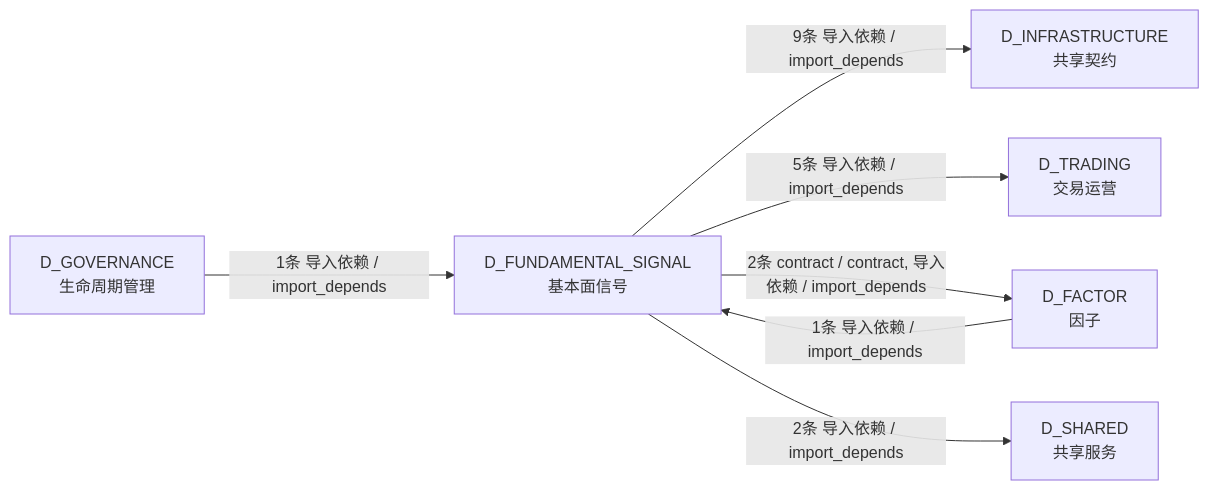
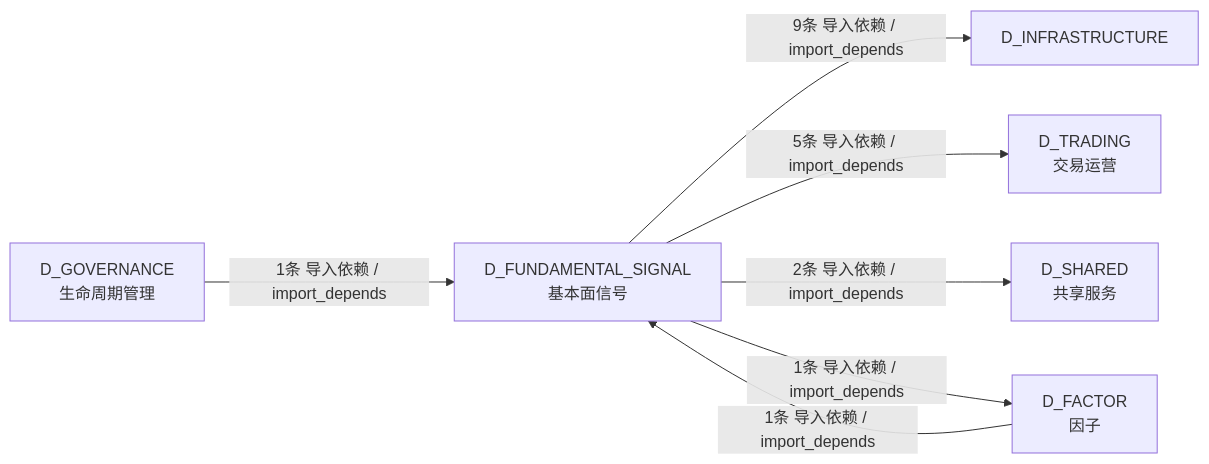
One commit to xuanFelixVan/ZephyrAlpha changed the fourth of 4 diagrams in docs/02_enterprise_architecture/02_domain_architecture_docs/37_d_fundamental_signal.md. Above: the diagram before and after it, drawn with Mermaid. The commit also changed other lines of this file and 115 other files, not shown here.

````diff
--- a/docs/02_enterprise_architecture/02_domain_architecture_docs/37_d_fundamental_signal.md
+++ b/docs/02_enterprise_architecture/02_domain_architecture_docs/37_d_fundamental_signal.md
@@ -240,15 +237,15 @@
 ```mermaid
 graph LR
     D_FUNDAMENTAL_SIGNAL["D_FUNDAMENTAL_SIGNAL<br/>基本面信号"]
-    D_INFRASTRUCTURE["D_INFRASTRUCTURE<br/>共享契约"]
+    D_INFRASTRUCTURE["D_INFRASTRUCTURE"]
     D_TRADING["D_TRADING<br/>交易运营"]
+    D_SHARED["D_SHARED<br/>共享服务"]
     D_FACTOR["D_FACTOR<br/>因子"]
-    D_SHARED["D_SHARED<br/>共享服务"]
     D_GOVERNANCE["D_GOVERNANCE<br/>生命周期管理"]
     D_FUNDAMENTAL_SIGNAL -->|9条 导入依赖 / import_depends| D_INFRASTRUCTURE
     D_FUNDAMENTAL_SIGNAL -->|5条 导入依赖 / import_depends| D_TRADING
-    D_FUNDAMENTAL_SIGNAL -->|2条 contract / contract, 导入依赖 / import_depends| D_FACTOR
     D_FUNDAMENTAL_SIGNAL -->|2条 导入依赖 / import_depends| D_SHARED
+    D_FUNDAMENTAL_SIGNAL -->|1条 导入依赖 / import_depends| D_FACTOR
     D_FACTOR -->|1条 导入依赖 / import_depends| D_FUNDAMENTAL_SIGNAL
     D_GOVERNANCE -->|1条 导入依赖 / import_depends| D_FUNDAMENTAL_SIGNAL
 ```
````
